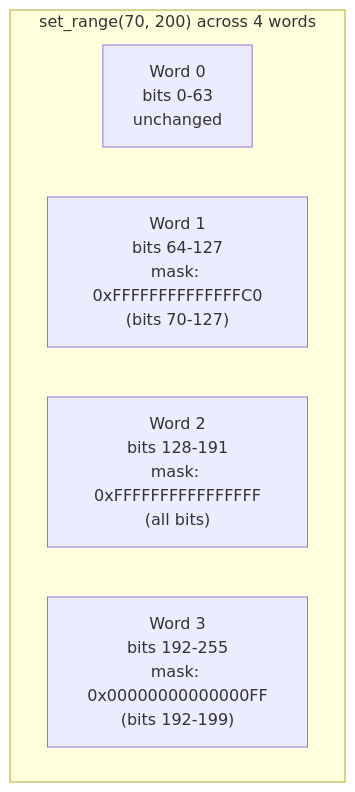
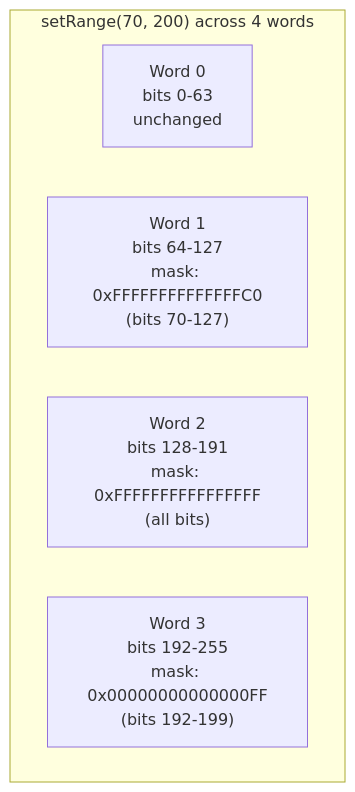
One commit to schroedermatthew/FatP changed the second of 5 diagrams in components/BitSet/docs/Companion Guide - BitSet.md. Above: the diagram before and after it, drawn with Mermaid. The commit also changed other lines of this file and 103 other files, not shown here.

````diff
--- a/components/BitSet/docs/Companion Guide - BitSet.md
+++ b/components/BitSet/docs/Companion Guide - BitSet.md
@@ -279,9 +279,9 @@
 ```mermaid
 flowchart TB
-    subgraph Range["set_range(70, 200) across 4 words"]
+    subgraph Range["setRange(70, 200) across 4 words"]
         W0["Word 0<br/>bits 0-63<br/>unchanged"]
         W1["Word 1<br/>bits 64-127<br/>mask: 0xFFFFFFFFFFFFFFC0<br/>(bits 70-127)"]
         W2["Word 2<br/>bits 128-191<br/>mask: 0xFFFFFFFFFFFFFFFF<br/>(all bits)"]
         W3["Word 3<br/>bits 192-255<br/>mask: 0x00000000000000FF<br/>(bits 192-199)"]
     end
 ```
````
